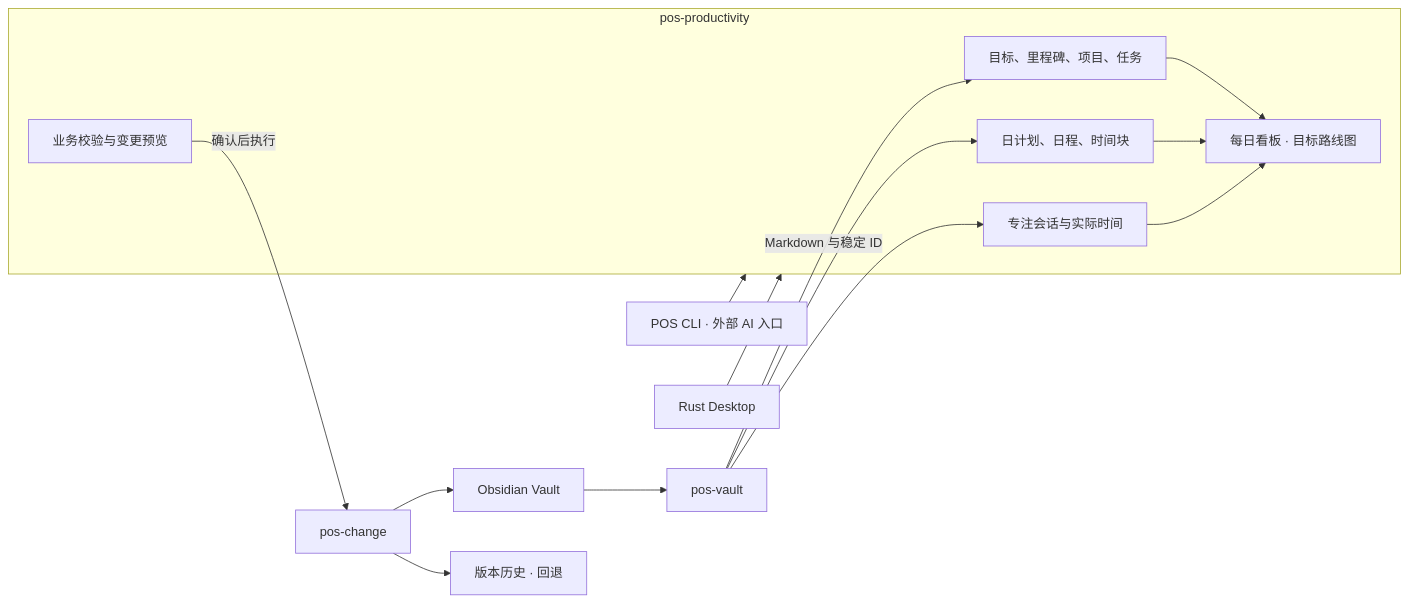
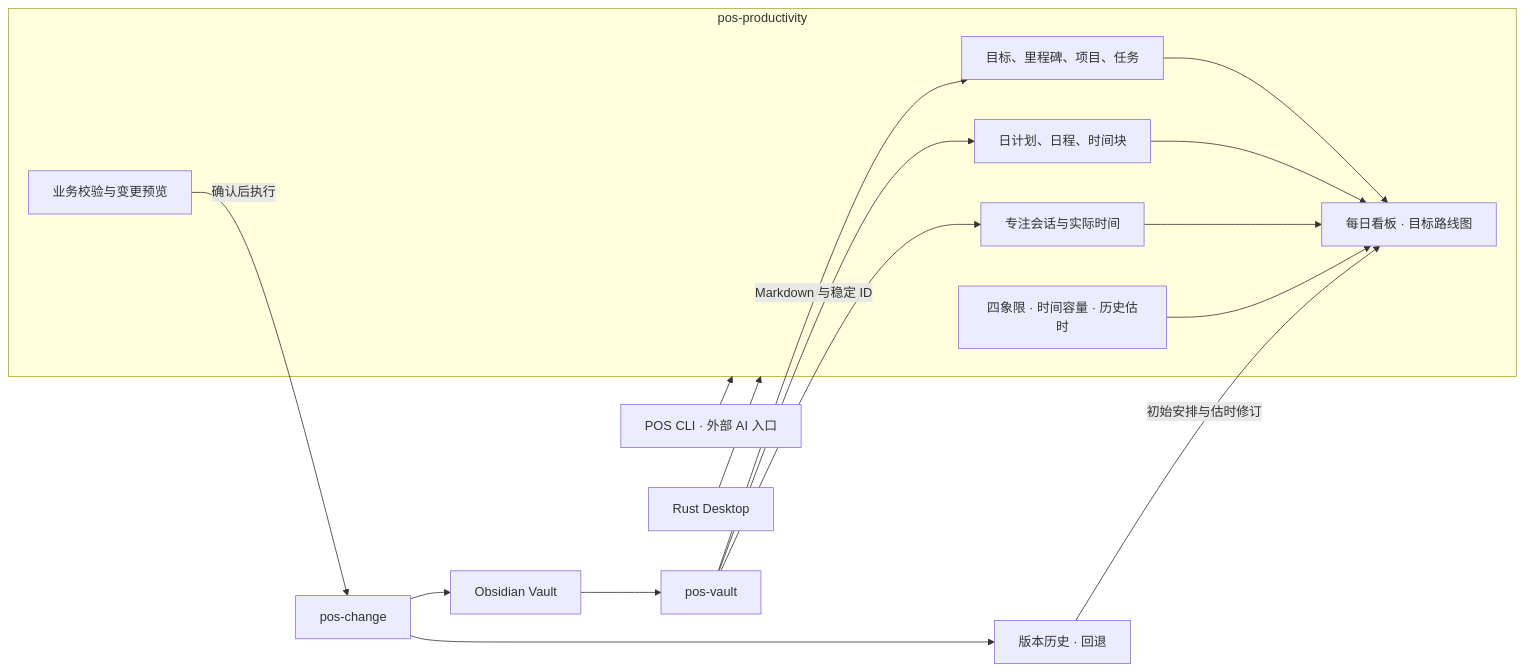
Before and after one commit to Xiangrui2026/personal-os: the diagram in docs/productivity.md, drawn with Mermaid. The commit also changed other lines of this file and 14 other files, not shown here.

````diff
--- a/docs/productivity.md
+++ b/docs/productivity.md
@@ -5,22 +5,25 @@
 ```mermaid
 flowchart LR
     CLI["POS CLI · 外部 AI 入口"] --> Engine
     Desktop["Rust Desktop"] --> Engine
     subgraph Engine["pos-productivity"]
         Catalog["目标、里程碑、项目、任务"]
         Schedule["日计划、日程、时间块"]
         Time["专注会话与实际时间"]
         Commands["业务校验与变更预览"]
         Board["每日看板 · 目标路线图"]
+        Planning["四象限 · 时间容量 · 历史估时"]
+        Planning --> Board
         Catalog --> Board
         Schedule --> Board
         Time --> Board
     end
     Vault["pos-vault"] -->|"Markdown 与稳定 ID"| Catalog
     Vault --> Schedule
     Vault --> Time
     Commands -->|"确认后执行"| Change["pos-change"]
     Change --> Markdown["Obsidian Vault"]
     Markdown --> Vault
     Change --> History["版本历史 · 回退"]
+    History -->|"初始安排与估时修订"| Board
 ```
````
